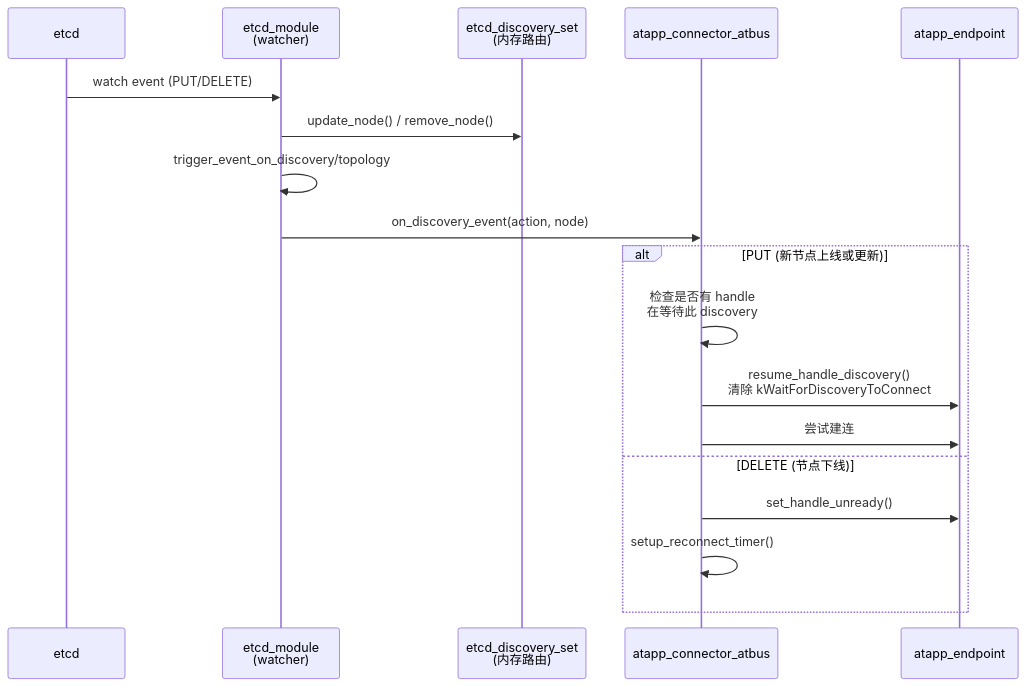
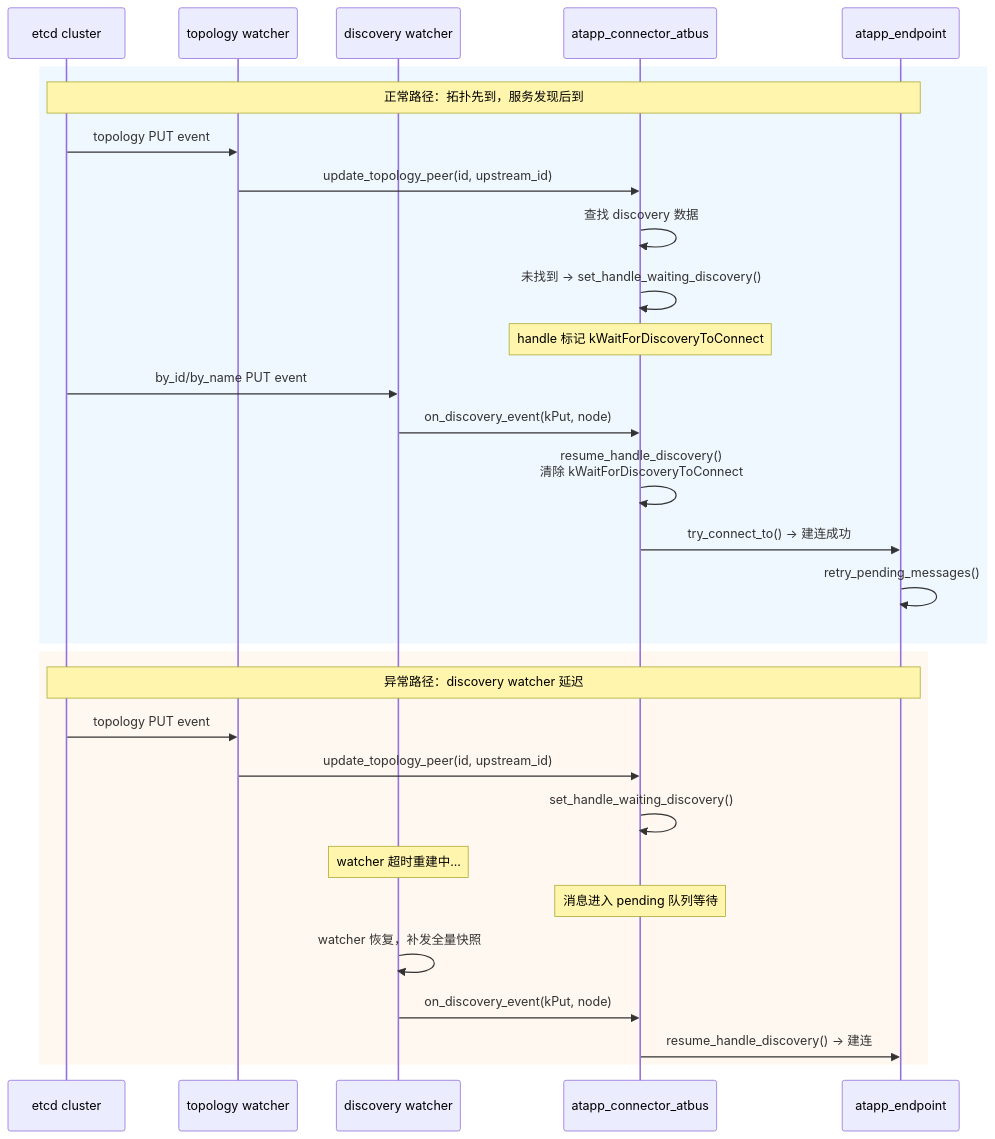
One commit to owent/blog-hugo changed the third of 5 diagrams in source/post/2026/2605.md. Above: the diagram before and after it, drawn with Mermaid. The commit also changed other lines of this file and 21 other files, not shown here.

````diff
--- a/source/post/2026/2605.md
+++ b/source/post/2026/2605.md
@@ -242,22 +382,34 @@
 ```mermaid
 sequenceDiagram
-    participant ETCD as etcd
-    participant WM as etcd_module<br/>(watcher)
-    participant DS as etcd_discovery_set<br/>(内存路由)
+    participant ETCD as etcd cluster
+    participant TW as topology watcher
+    participant DW as discovery watcher
     participant CONN as atapp_connector_atbus
     participant EP as atapp_endpoint
     
-    ETCD->>WM: watch event (PUT/DELETE)
-    WM->>DS: update_node() / remove_node()
-    WM->>WM: trigger_event_on_discovery/topology
-    WM->>CONN: on_discovery_event(action, node)
+    rect rgb(240, 248, 255)
+    Note over ETCD,EP: 正常路径：拓扑先到，服务发现后到
+    ETCD->>TW: topology PUT event
+    TW->>CONN: update_topology_peer(id, upstream_id)
+    CONN->>CONN: 查找 discovery 数据
+    CONN->>CONN: 未找到 → set_handle_waiting_discovery()
+    Note over CONN: handle 标记 kWaitForDiscoveryToConnect
+    ETCD->>DW: by_id/by_name PUT event
+    DW->>CONN: on_discovery_event(kPut, node)
+    CONN->>CONN: resume_handle_discovery()<br/>清除 kWaitForDiscoveryToConnect
+    CONN->>EP: try_connect_to() → 建连成功
+    EP->>EP: retry_pending_messages()
+    end
     
-    alt PUT (新节点上线或更新)
-        CONN->>CONN: 检查是否有 handle<br/>在等待此 discovery
-        CONN->>EP: resume_handle_discovery()<br/>清除 kWaitForDiscoveryToConnect
-        CONN->>EP: 尝试建连
-    else DELETE (节点下线)
-        CONN->>EP: set_handle_unready()
-        CONN->>CONN: setup_reconnect_timer()
+    rect rgb(255, 248, 240)
+    Note over ETCD,EP: 异常路径：discovery watcher 延迟
+    ETCD->>TW: topology PUT event
+    TW->>CONN: update_topology_peer(id, upstream_id)
+    CONN->>CONN: set_handle_waiting_discovery()
+    Note over DW: watcher 超时重建中...
+    Note over CONN: 消息进入 pending 队列等待
+    DW->>DW: watcher 恢复，补发全量快照
+    DW->>CONN: on_discovery_event(kPut, node)
+    CONN->>EP: resume_handle_discovery() → 建连
     end
 ```
````
